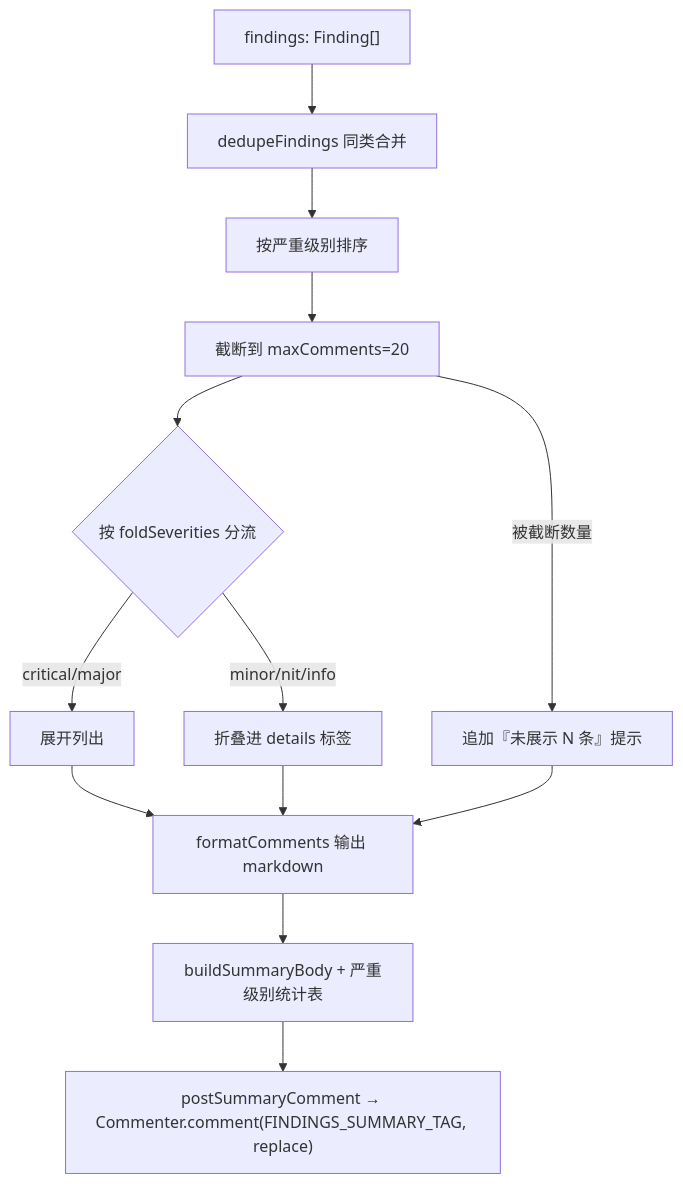
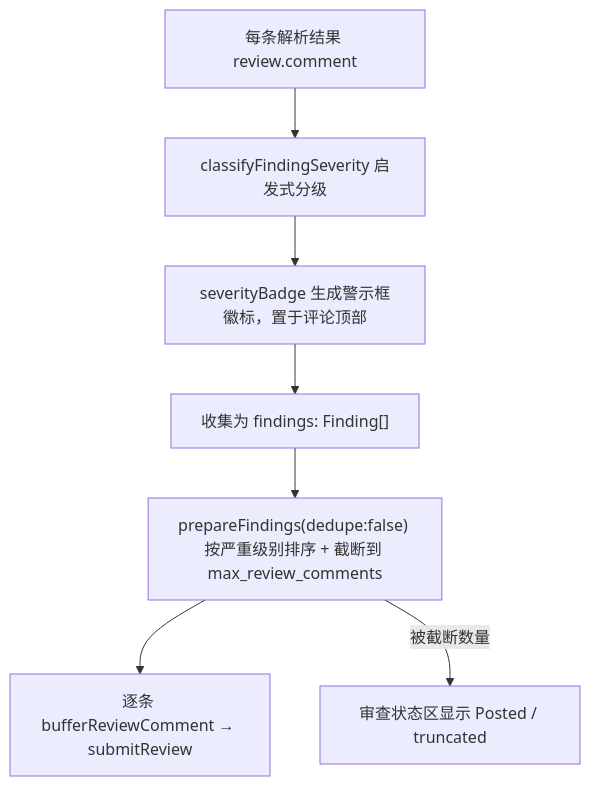
One commit to CodesSentinels/ai-reviewer changed the fourth of 4 diagrams in docs/04-iteration-02-member-d-design.md. Above: the diagram before and after it, drawn with Mermaid. The commit also changed other lines of this file and 9 other files, not shown here.

````diff
--- a/docs/04-iteration-02-member-d-design.md
+++ b/docs/04-iteration-02-member-d-design.md
@@ -173,15 +173,9 @@
 ```mermaid
 flowchart TD
-    F["findings: Finding[]"] --> DD["dedupeFindings 同类合并"]
-    DD --> SR["按严重级别排序"]
-    SR --> TR["截断到 maxComments=20"]
-    TR --> SP{"按 foldSeverities 分流"}
-    SP -- "critical/major" --> HI["展开列出"]
-    SP -- "minor/nit/info" --> LO["折叠进 details 标签"]
-    HI --> OUT["formatComments 输出 markdown"]
-    LO --> OUT
-    TR -- "被截断数量" --> NOTE["追加『未展示 N 条』提示"]
-    NOTE --> OUT
-    OUT --> SUM["buildSummaryBody + 严重级别统计表"]
-    SUM --> POST["postSummaryComment → Commenter.comment(FINDINGS_SUMMARY_TAG, replace)"]
+    F["每条解析结果 review.comment"] --> CL["classifyFindingSeverity 启发式分级"]
+    CL --> BD["severityBadge 生成警示框徽标，置于评论顶部"]
+    BD --> COL["收集为 findings: Finding[]"]
+    COL --> PF["prepareFindings(dedupe:false) 按严重级别排序 + 截断到 max_review_comments"]
+    PF --> BUF["逐条 bufferReviewComment → submitReview"]
+    PF -- "被截断数量" --> ST["审查状态区显示 Posted / truncated"]
 ```
````
